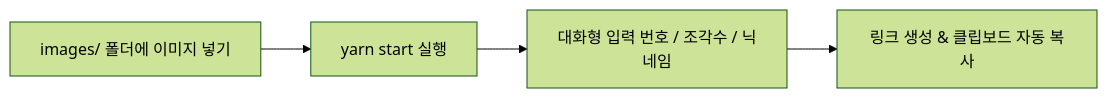
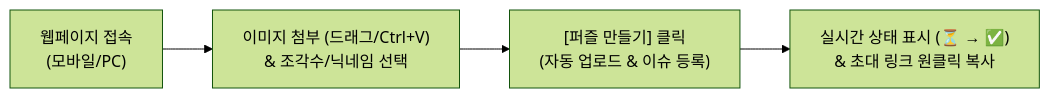
The diagram in README.md (SuperLeeK/AutoJigsawPuzzle), drawn with Mermaid (forest theme) before and after one commit. The commit also changed other lines of this file and 11 other files, not shown here.

````diff
--- a/README.md
+++ b/README.md
@@ -41,6 +19,6 @@
 ```mermaid
 flowchart LR
-    A[images/ 폴더에 이미지 넣기] --> B[yarn start 실행]
-    B --> C[대화형 입력 번호 / 조각수 / 닉네임]
-    C --> D[링크 생성 & 클립보드 자동 복사]
+    A["웹페이지 접속\n(모바일/PC)"] --> B["이미지 첨부 (드래그/Ctrl+V)\n& 조각수/닉네임 선택"]
+    B --> C["[퍼즐 만들기] 클릭\n(자동 업로드 & 이슈 등록)"]
+    C --> D["실시간 상태 표시 (⏳ → ✅)\n& 초대 링크 원클릭 복사"]
 ```
````
